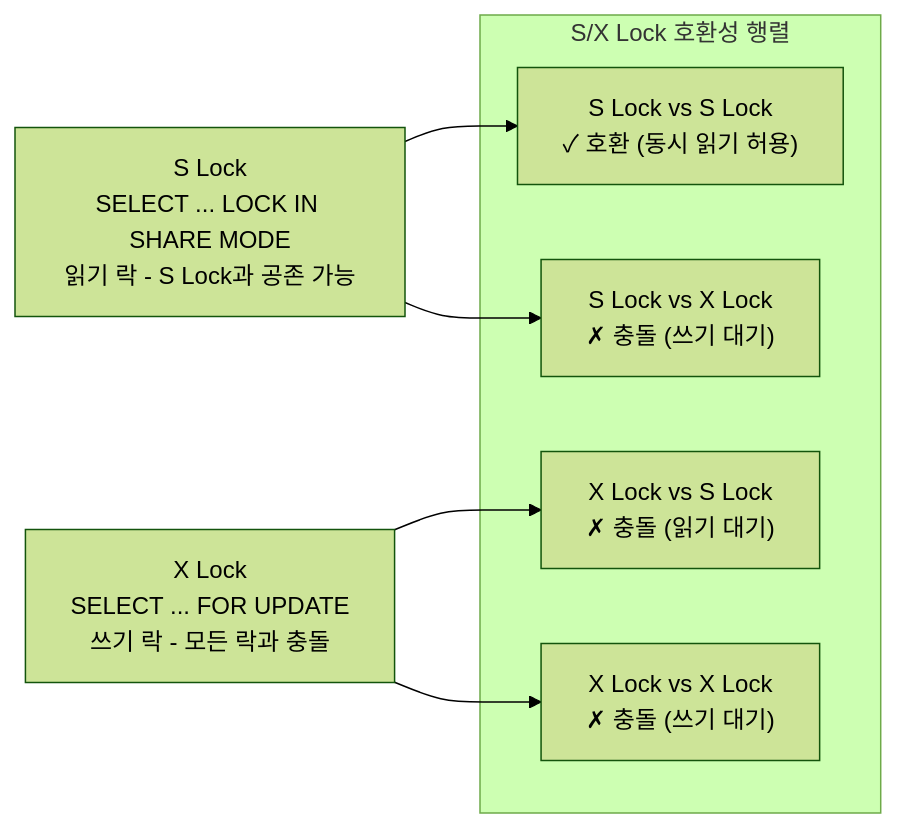
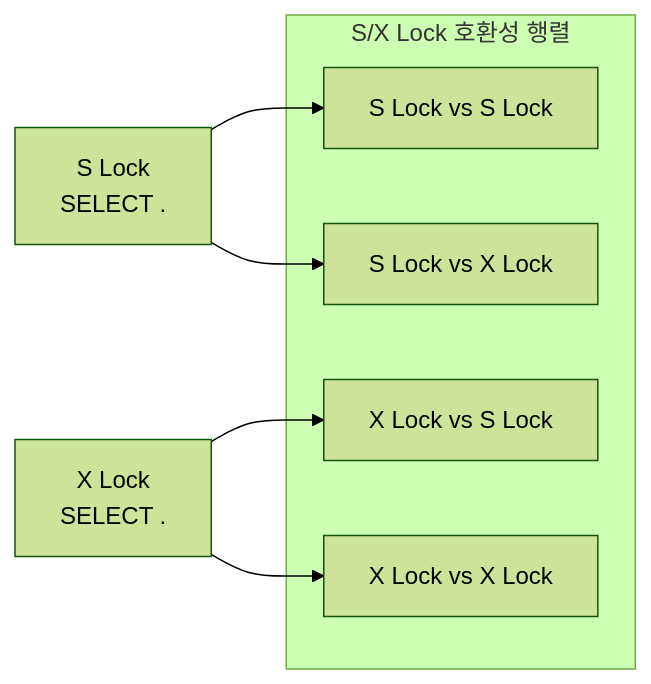
Before and after one commit to yjkim2015/yjkim2015.github.io: the first of 5 diagrams in _posts/db/2026-05-01-db-locks.md, drawn with Mermaid (forest theme). The commit also changed other lines of this file and 271 other files, not shown here.

First line of the commit message:
Mermaid 라벨 축소: 긴 노드 텍스트 18자 이하로 트림 + \n 제거

````diff
--- a/_posts/db/2026-05-01-db-locks.md
+++ b/_posts/db/2026-05-01-db-locks.md
@@ -31,13 +31,13 @@
 ```mermaid
 graph LR
     subgraph "호환성"["S/X Lock 호환성 행렬"]
-        SS["S Lock vs S Lock<br>✓ 호환 (동시 읽기 허용)"]
-        SX["S Lock vs X Lock<br>✗ 충돌 (쓰기 대기)"]
-        XS["X Lock vs S Lock<br>✗ 충돌 (읽기 대기)"]
-        XX["X Lock vs X Lock<br>✗ 충돌 (쓰기 대기)"]
+        SS["S Lock vs S Lock<b"]
+        SX["S Lock vs X Lock<b"]
+        XS["X Lock vs S Lock<b"]
+        XX["X Lock vs X Lock<b"]
     end
-    SLock["S Lock<br>SELECT ... LOCK IN SHARE MODE<br>읽기 락 - S Lock과 공존 가능"] --> SS
+    SLock["S Lock<br>SELECT ."] --> SS
     SLock --> SX
-    XLock["X Lock<br>SELECT ... FOR UPDATE<br>쓰기 락 - 모든 락과 충돌"] --> XS
+    XLock["X Lock<br>SELECT ."] --> XS
     XLock --> XX
 ```
````
